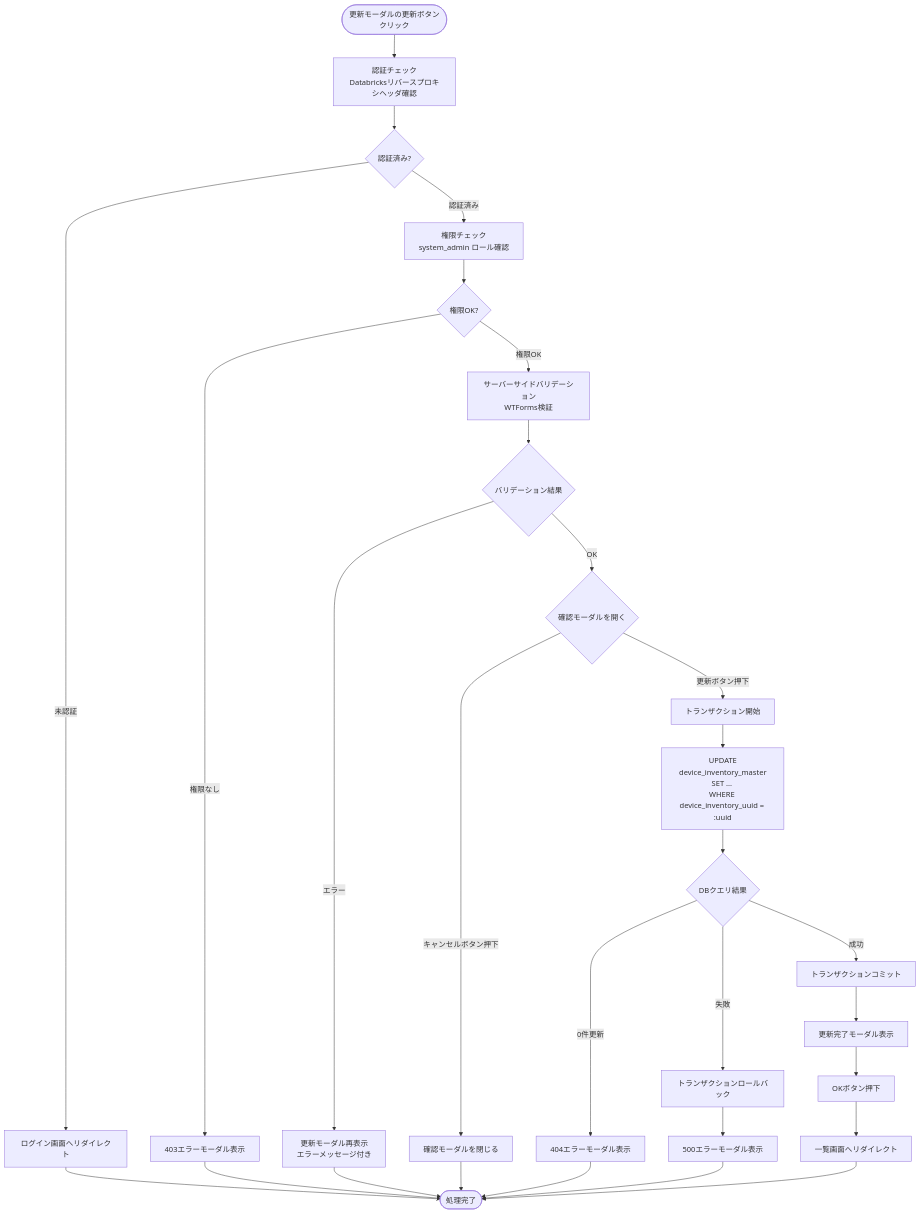
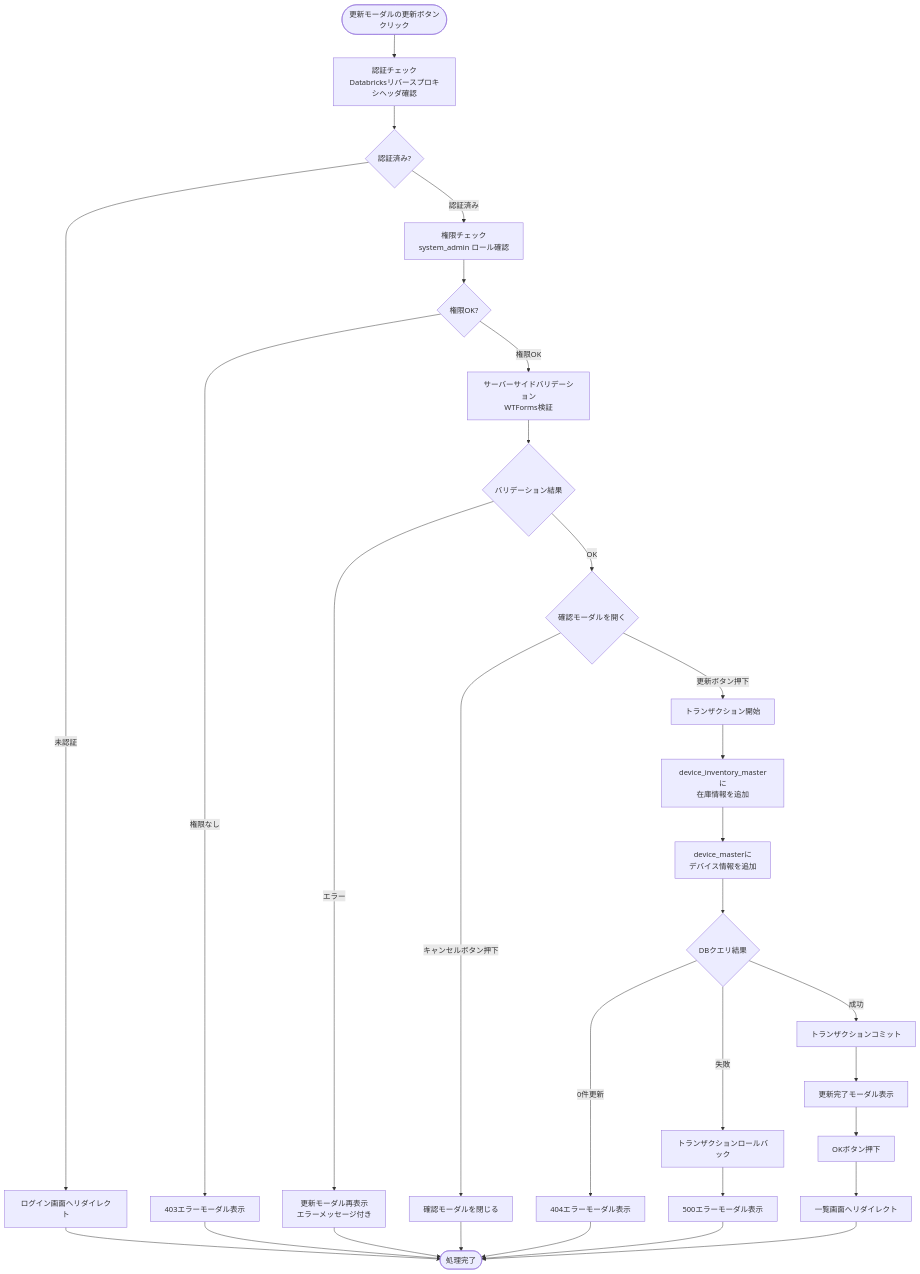
One commit to NSW-SVCP-AIWG002/Databricks-IoT changed the sixth of 9 diagrams in docs/03-features/flask-app/device-inventory/workflow-specification.md. Above: the diagram before and after it, drawn with Mermaid. The commit also changed other lines of this file and 3 other files, not shown here.

````diff
--- a/docs/03-features/flask-app/device-inventory/workflow-specification.md
+++ b/docs/03-features/flask-app/device-inventory/workflow-specification.md
@@ -627,40 +646,41 @@
 ```mermaid
 flowchart TD
     Start([更新モーダルの更新ボタン<br>クリック]) --> Auth[認証チェック<br>Databricksリバースプロキシヘッダ確認]
     Auth --> CheckAuth{認証済み?}
     CheckAuth -->|未認証| Error401[ログイン画面へリダイレクト]
     Error401 --> End([処理完了])
 
     CheckAuth -->|認証済み| Permission[権限チェック<br>system_admin ロール確認]
     Permission --> CheckPerm{権限OK?}
     CheckPerm -->|権限なし| Error403[403エラーモーダル表示]
     Error403 --> End
 
     CheckPerm -->|権限OK| Validate[サーバーサイドバリデーション<br>WTForms検証]
     Validate --> ValidCheck{バリデーション結果}
 
     ValidCheck -->|エラー| ValidError[更新モーダル再表示<br>エラーメッセージ付き]
     ValidError --> End
 
     ValidCheck -->|OK| OpenConfirmModal{確認モーダルを開く}
 
     OpenConfirmModal -->|キャンセルボタン押下| CancelMsg[確認モーダルを閉じる]
     CancelMsg --> End
 
     OpenConfirmModal -->|更新ボタン押下| BeginTx[トランザクション開始]
-    BeginTx --> Update[UPDATE<br>device_inventory_master<br>SET ... <br>WHERE device_inventory_uuid = :uuid]
-    Update --> UpdateResult{DBクエリ結果}
+    BeginTx --> InsertInventory[device_inventory_masterに<br>在庫情報を追加]
+    InsertInventory --> InsertDevice[device_masterに<br>デバイス情報を追加]
+    InsertDevice --> UpdateResult{DBクエリ結果}
 
     UpdateResult -->|0件更新| Error404[404エラーモーダル表示]
     Error404 --> End
 
     UpdateResult -->|失敗| Rollback[トランザクションロールバック]
     Rollback --> Error500[500エラーモーダル表示]
     Error500 --> End
 
     UpdateResult -->|成功| Commit[トランザクションコミット]
     Commit --> ShowComplete[更新完了モーダル表示]
     ShowComplete --> UserOK[OKボタン押下]
     UserOK --> Redirect[一覧画面へリダイレクト]
     Redirect --> End
 ```
````
